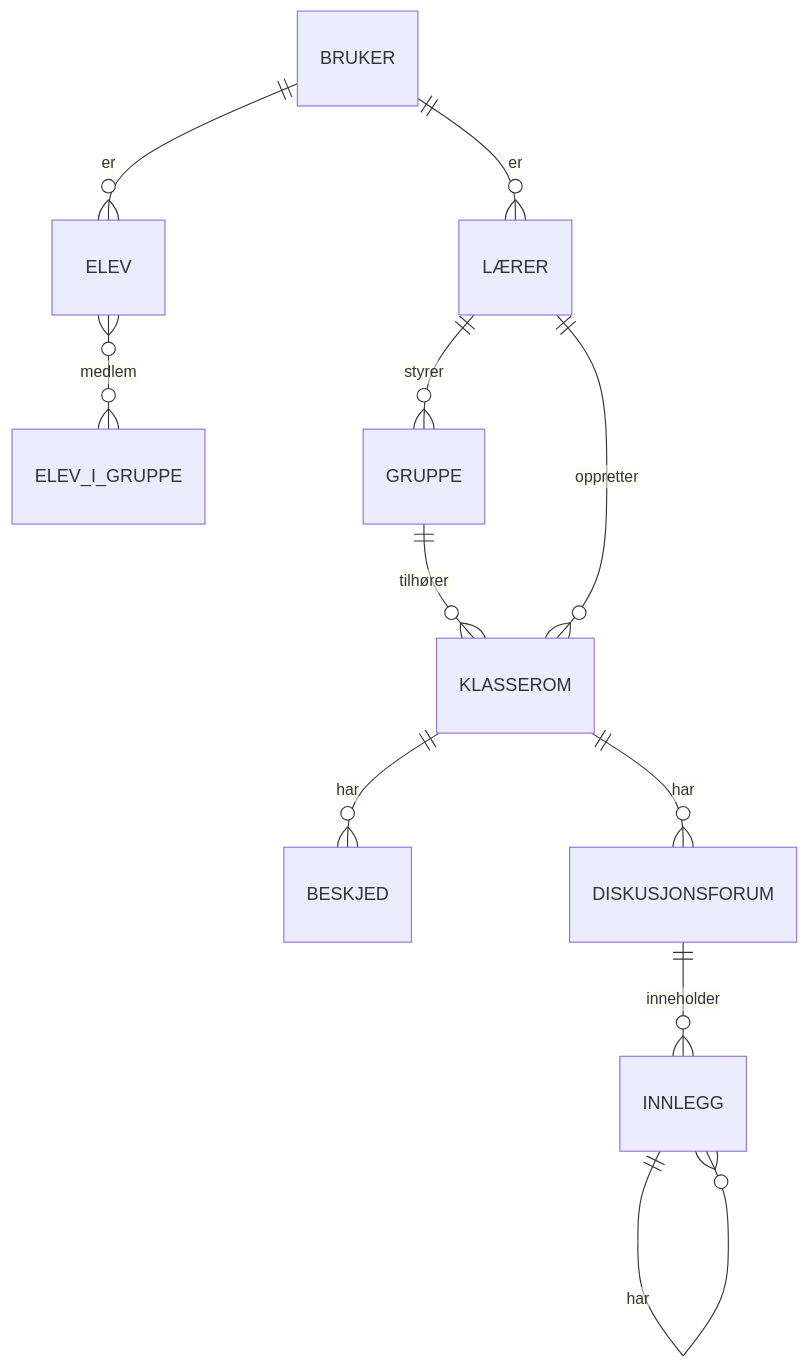
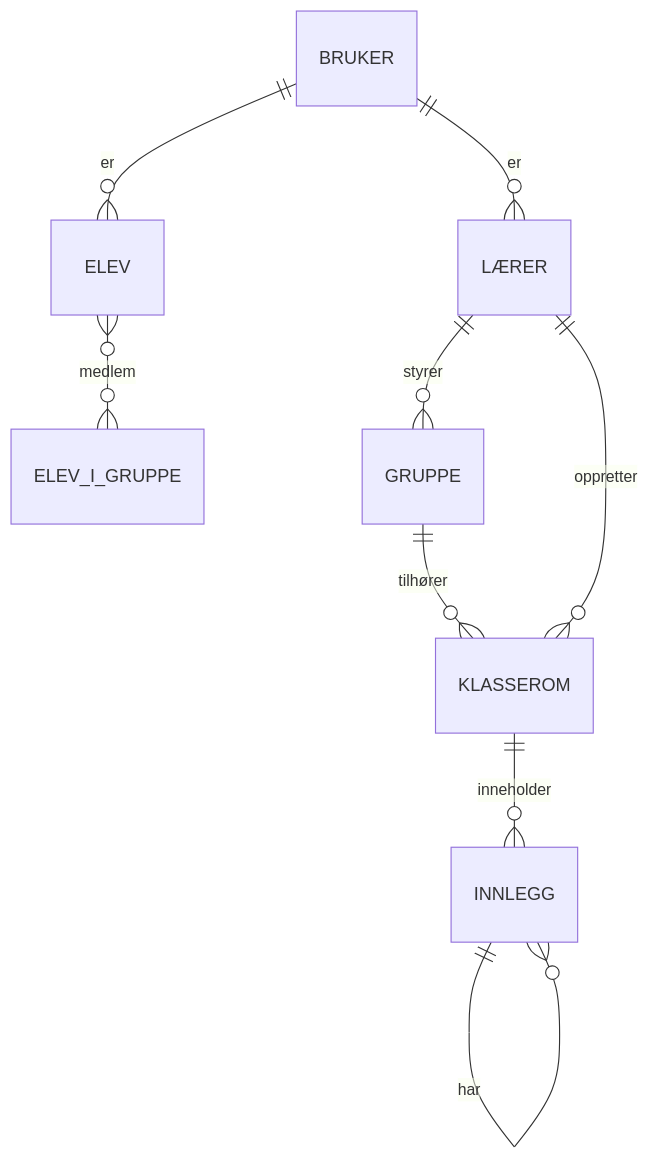
One commit to programmerBredC/data1500-oving-04 changed the first of 2 diagrams in OPPGAVE.md. Above: the diagram before and after it, drawn with Mermaid. The commit also changed other lines of this file, not shown here.

````diff
--- a/OPPGAVE.md
+++ b/OPPGAVE.md
@@ -30,13 +30,11 @@
 ```mermaid
 erDiagram
     BRUKER ||--o{ LÆRER : er
     BRUKER ||--o{ ELEV : er
     ELEV }o--o{ ELEV_I_GRUPPE : medlem
     GRUPPE ||--o{ KLASSEROM : tilhører
     LÆRER ||--o{ KLASSEROM : "oppretter"
     LÆRER ||--O{ GRUPPE : styrer
-    KLASSEROM ||--o{ BESKJED : har
-    KLASSEROM ||--o{ DISKUSJONSFORUM : har
-    DISKUSJONSFORUM ||--o{ INNLEGG : inneholder
+    KLASSEROM ||--o{ INNLEGG : inneholder
     INNLEGG ||--o{ INNLEGG : har
 ``` 
````
